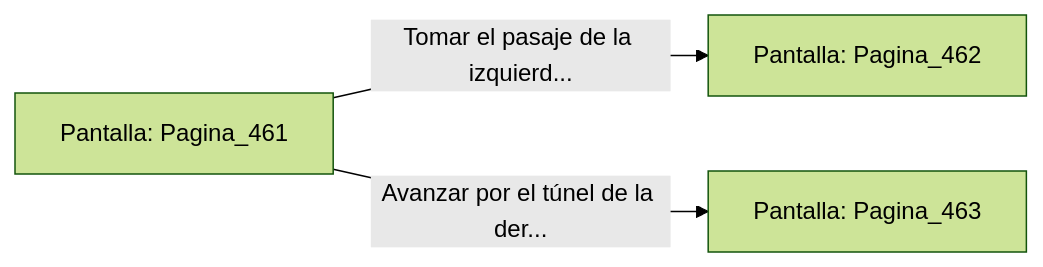
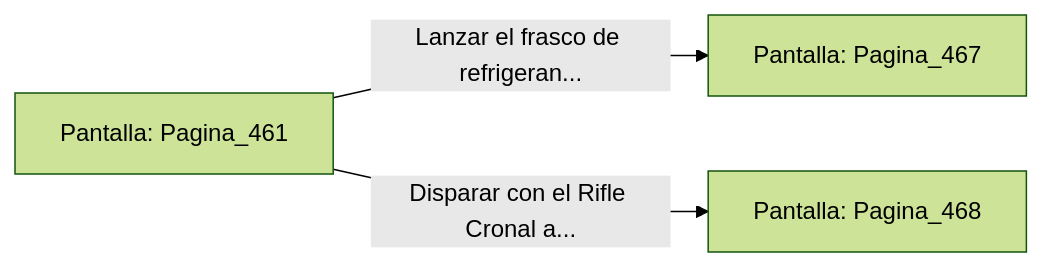
Before and after one commit to metsuke/mpl: the diagram in sample/eligejuego-vault/Pantalla_Pagina_461.md, drawn with Mermaid (forest theme). The commit also changed other lines of this file and 635 other files, not shown here.

First line of the commit message:
fix: añadir Pagina_1 como pantalla inicial en capitulo_01.mpl

````diff
--- a/sample/eligejuego-vault/Pantalla_Pagina_461.md
+++ b/sample/eligejuego-vault/Pantalla_Pagina_461.md
@@ -20,6 +24,6 @@
 ```mermaid
 graph LR
     P_Pagina_461["Pantalla: Pagina_461"]
-    P_Pagina_461 -->|"Tomar el pasaje de la izquierd..."| P_Pagina_462["Pantalla: Pagina_462"]
-    P_Pagina_461 -->|"Avanzar por el túnel de la der..."| P_Pagina_463["Pantalla: Pagina_463"]
+    P_Pagina_461 -->|"Lanzar el frasco de refrigeran..."| P_Pagina_467["Pantalla: Pagina_467"]
+    P_Pagina_461 -->|"Disparar con el Rifle Cronal a..."| P_Pagina_468["Pantalla: Pagina_468"]
 ```
````
